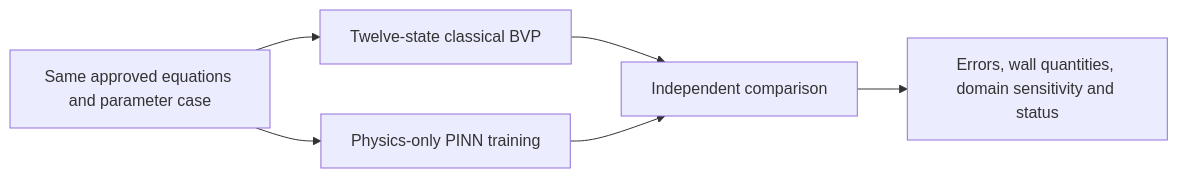
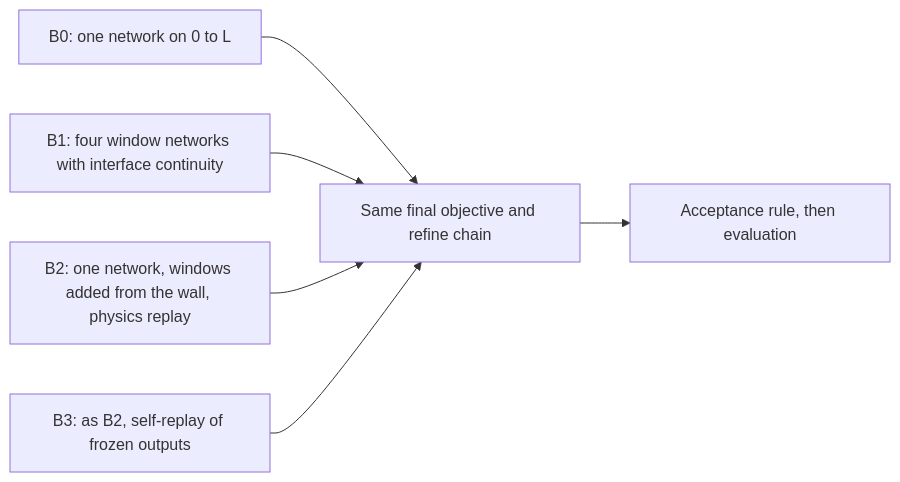
One commit to ihmorol/bvp-boundary-pinn changed the third of 4 diagrams in docs/methodology/flowcharts.md. Above: the diagram before and after it, drawn with Mermaid. The commit also changed other lines of this file and 105 other files, not shown here.

````diff
--- a/docs/methodology/flowcharts.md
+++ b/docs/methodology/flowcharts.md
@@ -154,8 +63,8 @@
 ```mermaid
 flowchart LR
-  SPEC[Same approved equations and parameter case] --> REF[Twelve-state classical BVP]
-  SPEC --> PINN[Physics-only PINN training]
-  REF --> COMP[Independent comparison]
-  PINN --> COMP
-  COMP --> OUT[Errors, wall quantities, domain sensitivity and status]
+  B0[B0: one network on 0 to L] --> END[Same final objective and refine chain]
+  B1[B1: four window networks with interface continuity] --> END
+  B2[B2: one network, windows added from the wall, physics replay] --> END
+  B3[B3: as B2, self-replay of frozen outputs] --> END
+  END --> ACC[Acceptance rule, then evaluation]
 ```
````
